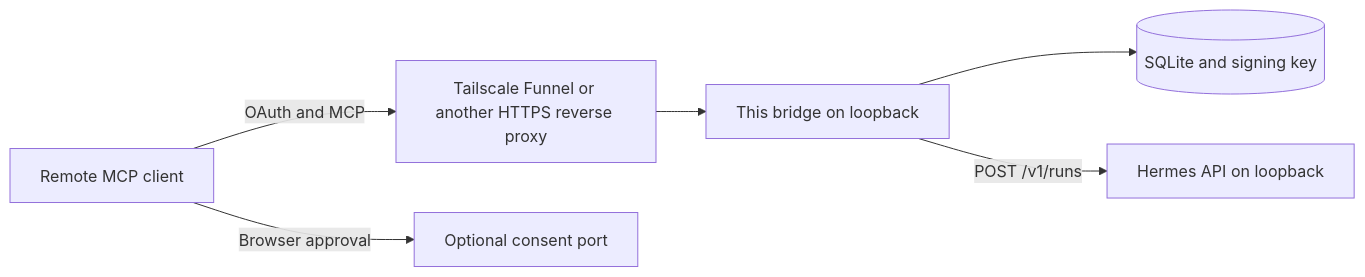
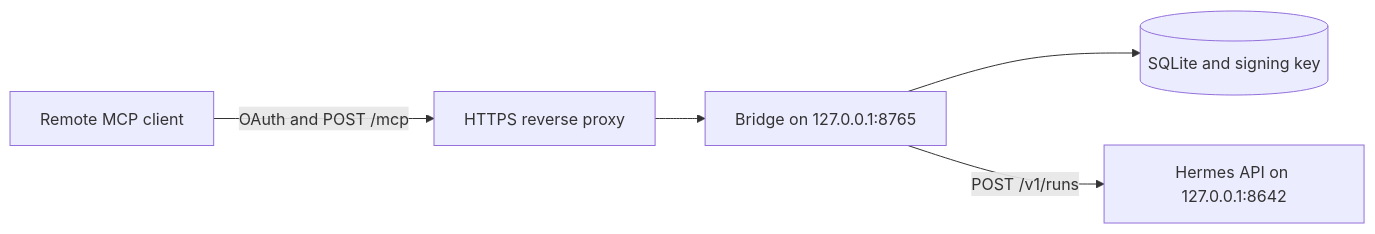
The diagram in README.md (mindtrip101/hermes-agent-mcp-bridge), drawn with Mermaid before and after one commit. The commit also changed other lines of this file and 2 other files, not shown here.

````diff
--- a/README.md
+++ b/README.md
@@ -46,13 +19,11 @@
 ```mermaid
 flowchart LR
   client[Remote MCP client]
-  funnel[Tailscale Funnel or another HTTPS reverse proxy]
-  bridge[This bridge on loopback]
-  db[(SQLite and signing key)]
-  consent[Optional consent port]
-  hermes[Hermes API on loopback]
-  client -->|OAuth and MCP| funnel --> bridge
-  client -->|Browser approval| consent
-  bridge --> db
+  proxy[HTTPS reverse proxy]
+  bridge[Bridge on 127.0.0.1:8765]
+  store[(SQLite and signing key)]
+  hermes[Hermes API on 127.0.0.1:8642]
+  client -->|OAuth and POST /mcp| proxy --> bridge
+  bridge --> store
   bridge -->|POST /v1/runs| hermes
 ```
````
